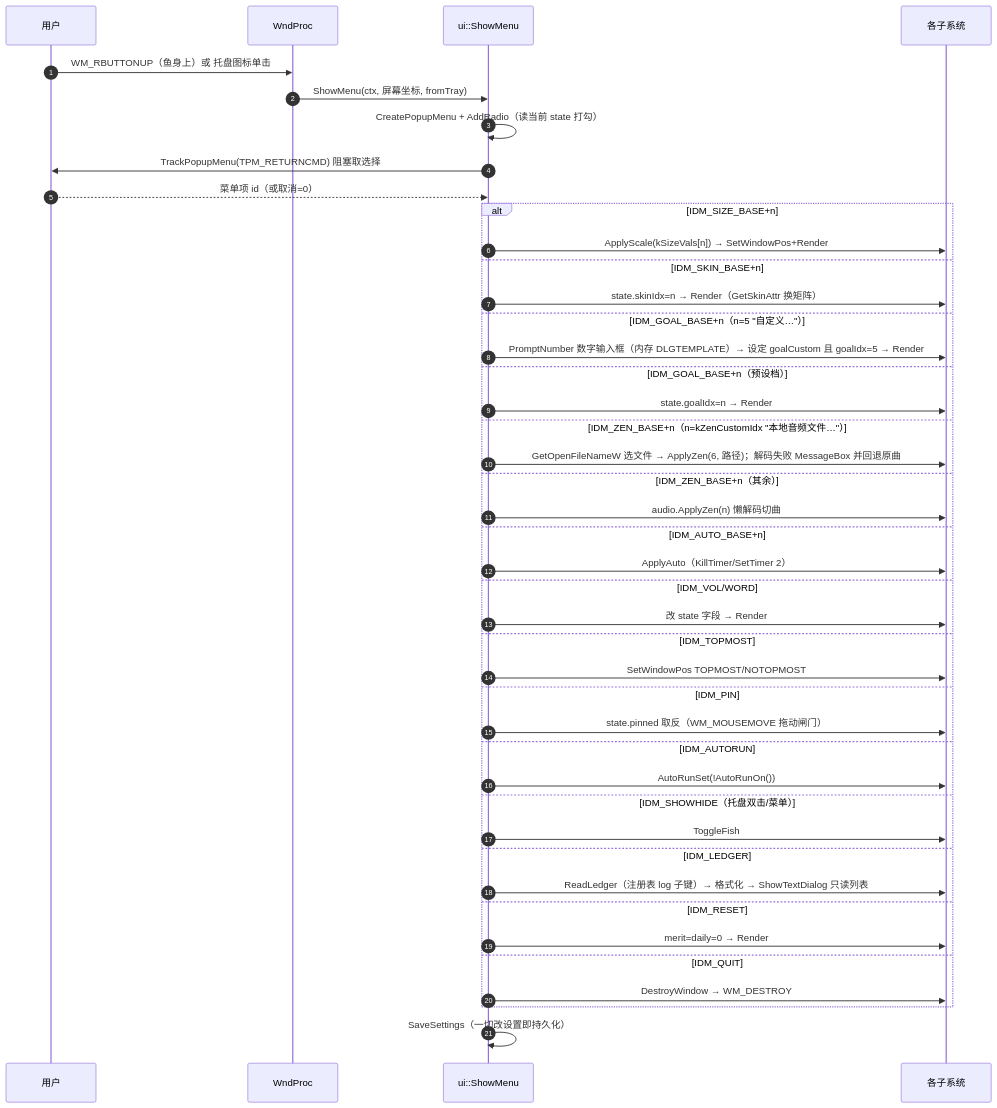
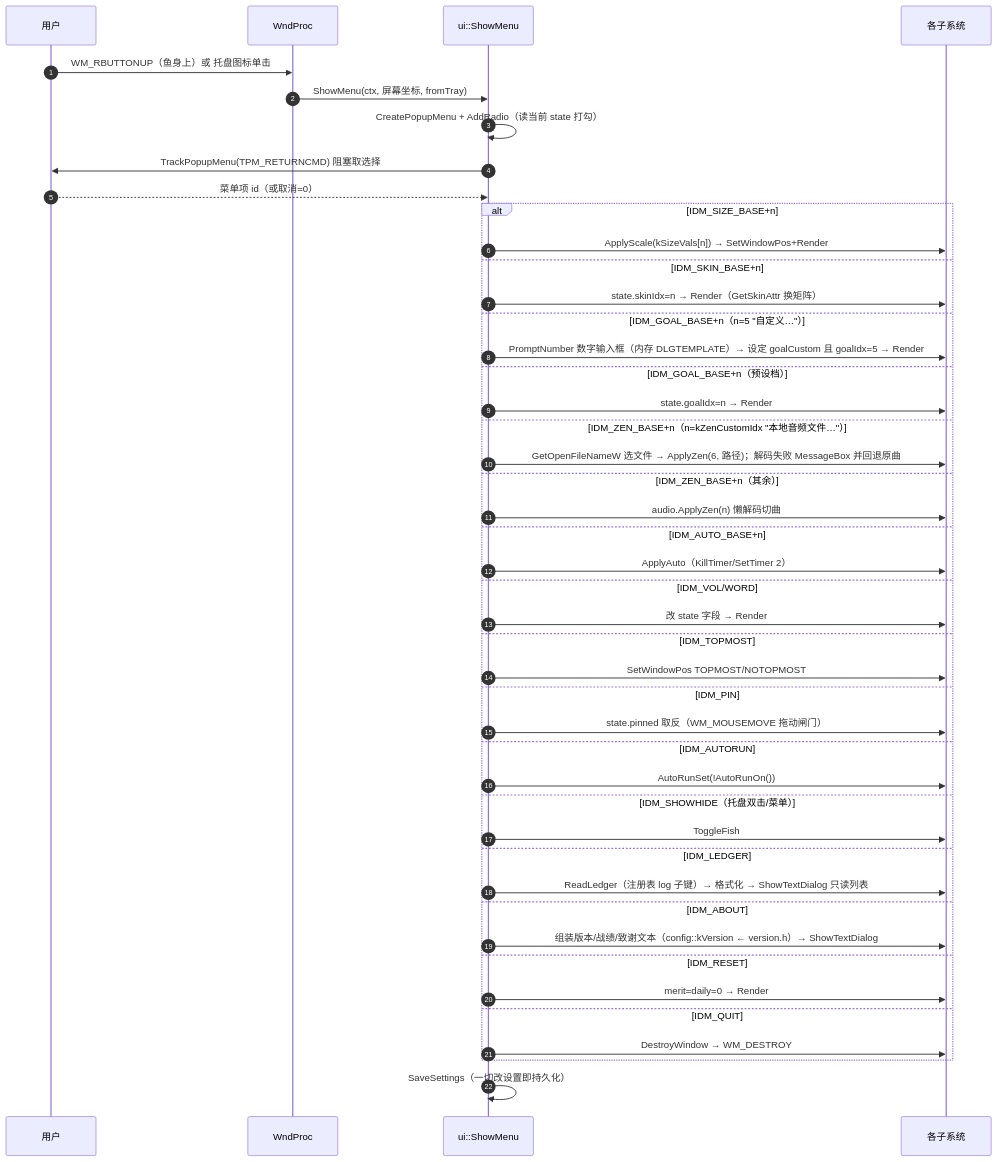
The fourth of 5 diagrams in docs/sequence-diagrams.md (TianYunCode/wooden_fish), drawn with Mermaid before and after one commit. The commit also changed 11 other files, not shown here.

````diff
--- a/docs/sequence-diagrams.md
+++ b/docs/sequence-diagrams.md
@@ -121,46 +121,48 @@
 ```mermaid
 sequenceDiagram
     autonumber
     participant U as 用户
     participant WP as WndProc
     participant MU as ui::ShowMenu
     participant SYS as 各子系统
 
     U->>WP: WM_RBUTTONUP（鱼身上）或 托盘图标单击
     WP->>MU: ShowMenu(ctx, 屏幕坐标, fromTray)
     MU->>MU: CreatePopupMenu + AddRadio（读当前 state 打勾）
     MU->>U: TrackPopupMenu(TPM_RETURNCMD) 阻塞取选择
     U-->>MU: 菜单项 id（或取消=0）
     alt IDM_SIZE_BASE+n
         MU->>SYS: ApplyScale(kSizeVals[n]) → SetWindowPos+Render
     else IDM_SKIN_BASE+n
         MU->>SYS: state.skinIdx=n → Render（GetSkinAttr 换矩阵）
     else IDM_GOAL_BASE+n（n=5 "自定义…"）
         MU->>SYS: PromptNumber 数字输入框（内存 DLGTEMPLATE）→ 设定 goalCustom 且 goalIdx=5 → Render
     else IDM_GOAL_BASE+n（预设档）
         MU->>SYS: state.goalIdx=n → Render
     else IDM_ZEN_BASE+n（n=kZenCustomIdx "本地音频文件…"）
         MU->>SYS: GetOpenFileNameW 选文件 → ApplyZen(6, 路径)；解码失败 MessageBox 并回退原曲
     else IDM_ZEN_BASE+n（其余）
         MU->>SYS: audio.ApplyZen(n) 懒解码切曲
     else IDM_AUTO_BASE+n
         MU->>SYS: ApplyAuto（KillTimer/SetTimer 2）
     else IDM_VOL/WORD
         MU->>SYS: 改 state 字段 → Render
     else IDM_TOPMOST
         MU->>SYS: SetWindowPos TOPMOST/NOTOPMOST
     else IDM_PIN
         MU->>SYS: state.pinned 取反（WM_MOUSEMOVE 拖动闸门）
     else IDM_AUTORUN
         MU->>SYS: AutoRunSet(!AutoRunOn())
     else IDM_SHOWHIDE（托盘双击/菜单）
         MU->>SYS: ToggleFish
     else IDM_LEDGER
         MU->>SYS: ReadLedger（注册表 log 子键）→ 格式化 → ShowTextDialog 只读列表
+    else IDM_ABOUT
+        MU->>SYS: 组装版本/战绩/致谢文本（config::kVersion ← version.h）→ ShowTextDialog
     else IDM_RESET
         MU->>SYS: merit=daily=0 → Render
     else IDM_QUIT
         MU->>SYS: DestroyWindow → WM_DESTROY
     end
     MU->>MU: SaveSettings（一切改设置即持久化）
 ```
````
